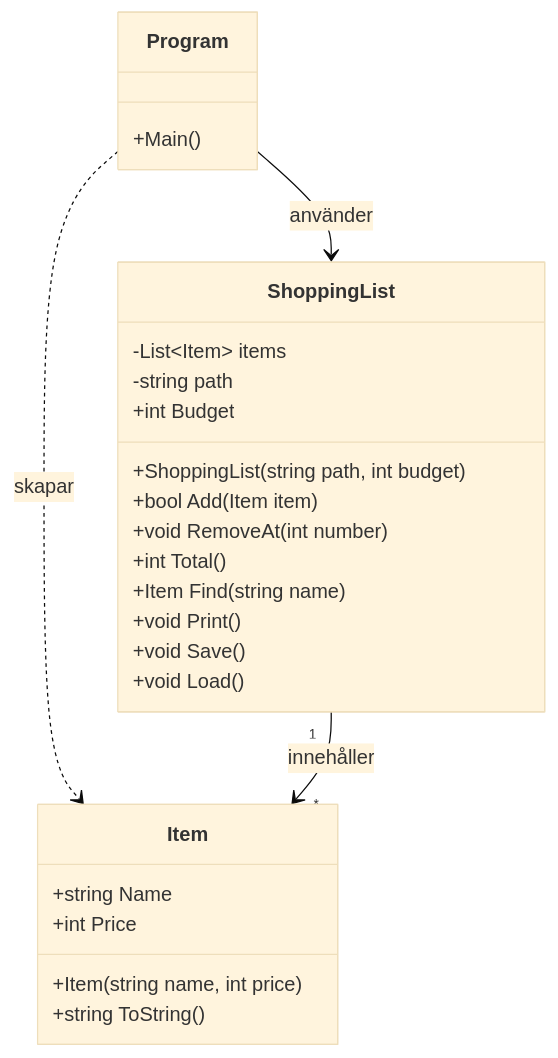
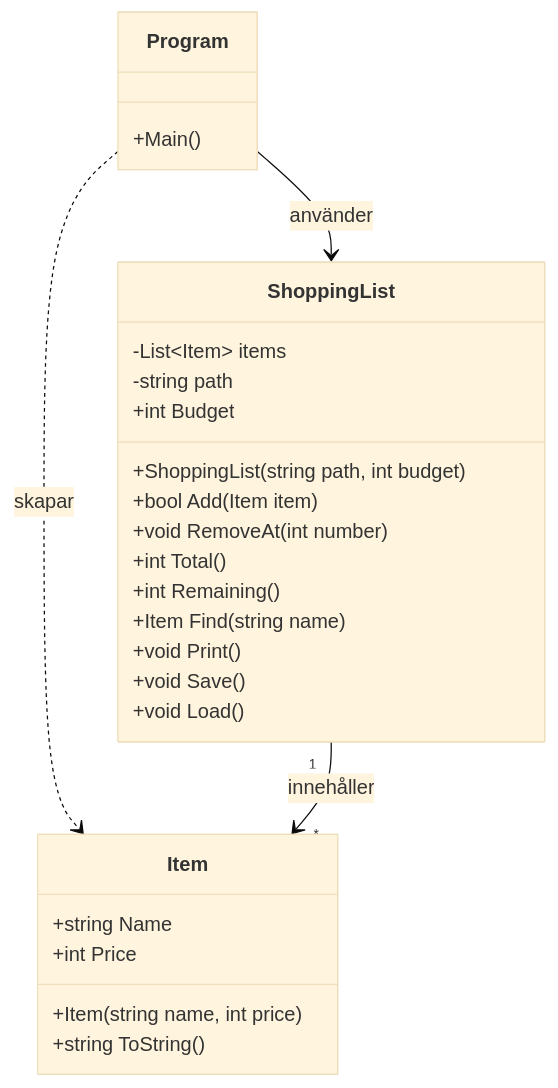
Before and after one commit to CrownlessCrow/kk2-inkopslista-main: the diagram in README.md, drawn with Mermaid (base theme). The commit also changed other lines of this file and 2 other files, not shown here.

Commit message:
Visar budget och hur mycket som finns kvar samt uppdaterat README + i mermaid diagramet

````diff
--- a/README.md
+++ b/README.md
@@ -85,37 +87,38 @@
 ```mermaid
 
 classDiagram
 
     class Program {
         +Main()
 
     }
 
 class ShoppingList {
     -List~Item~ items
     -string path
     +int Budget
     +ShoppingList(string path, int budget)
     +bool Add(Item item)
     +void RemoveAt(int number)
     +int Total()
+    +int Remaining()
     +Item Find(string name)
     +void Print()
     +void Save()
     +void Load()
 }
     
 class Item {
 
 +string Name
 +int Price
 +Item(string name, int price)
 +string ToString()
 
 }
 
 Program --> ShoppingList : använder
 Program ..> Item : skapar
 ShoppingList "1" --> "*" Item : innehåller
 
 ```
````
